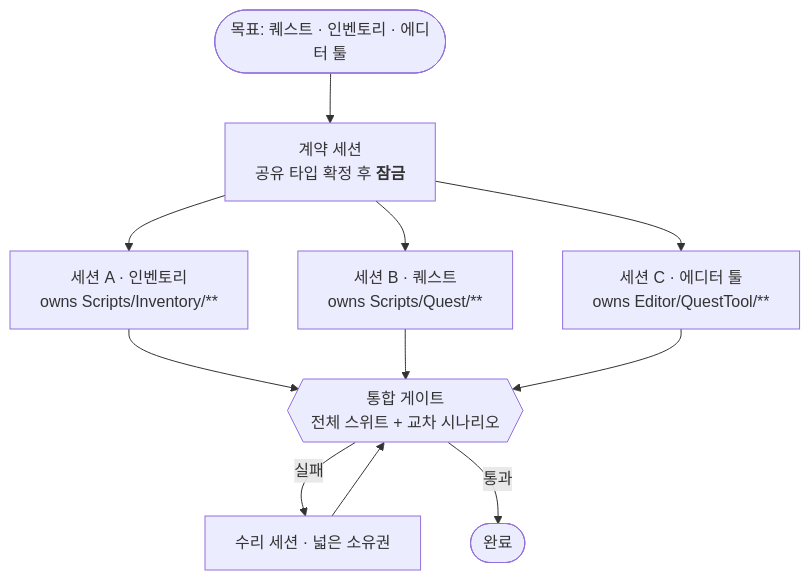
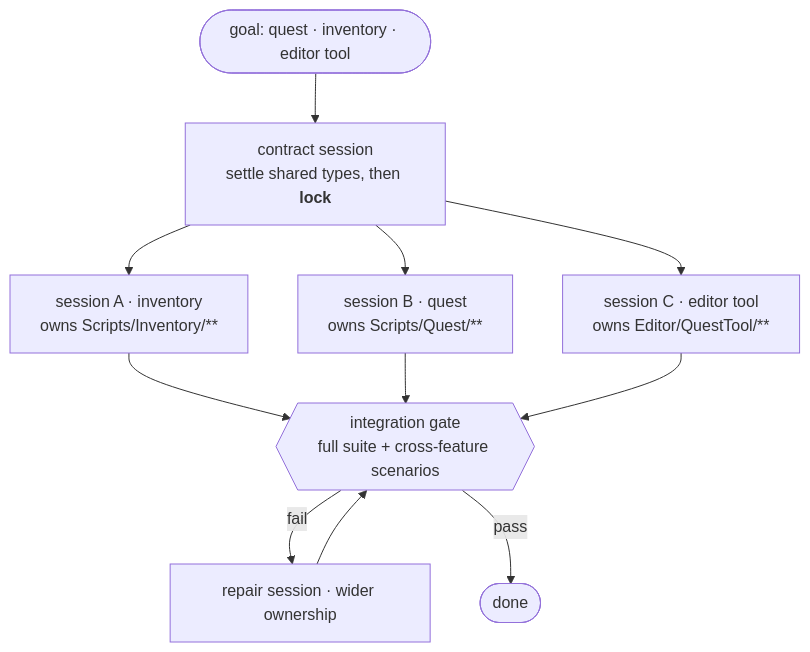
Before and after one commit to SeoBYP/GameDev-AgentLoop: the eighth of 11 diagrams in docs/ARCHITECTURE.md, drawn with Mermaid. The commit also changed other lines of this file and 21 other files, not shown here.

First line of the commit message:
오픈소스화 3단계 — 런타임 출력 영어 통일 + ARCHITECTURE 영어판

````diff
--- a/docs/ARCHITECTURE.md
+++ b/docs/ARCHITECTURE.md
@@ -532,12 +546,12 @@
 ```mermaid
 flowchart TB
-    G([목표: 퀘스트 · 인벤토리 · 에디터 툴]) --> C["계약 세션<br/>공유 타입 확정 후 <b>잠금</b>"]
-    C --> S1["세션 A · 인벤토리<br/>owns Scripts/Inventory/**"]
-    C --> S2["세션 B · 퀘스트<br/>owns Scripts/Quest/**"]
-    C --> S3["세션 C · 에디터 툴<br/>owns Editor/QuestTool/**"]
-    S1 --> I{{"통합 게이트<br/>전체 스위트 + 교차 시나리오"}}
+    G([goal: quest · inventory · editor tool]) --> C["contract session<br/>settle shared types, then <b>lock</b>"]
+    C --> S1["session A · inventory<br/>owns Scripts/Inventory/**"]
+    C --> S2["session B · quest<br/>owns Scripts/Quest/**"]
+    C --> S3["session C · editor tool<br/>owns Editor/QuestTool/**"]
+    S1 --> I{{"integration gate<br/>full suite + cross-feature scenarios"}}
     S2 --> I
     S3 --> I
-    I -->|"실패"| R["수리 세션 · 넓은 소유권"] --> I
-    I -->|"통과"| D([완료])
+    I -->|"fail"| R["repair session · wider ownership"] --> I
+    I -->|"pass"| D([done])
 ```
````
